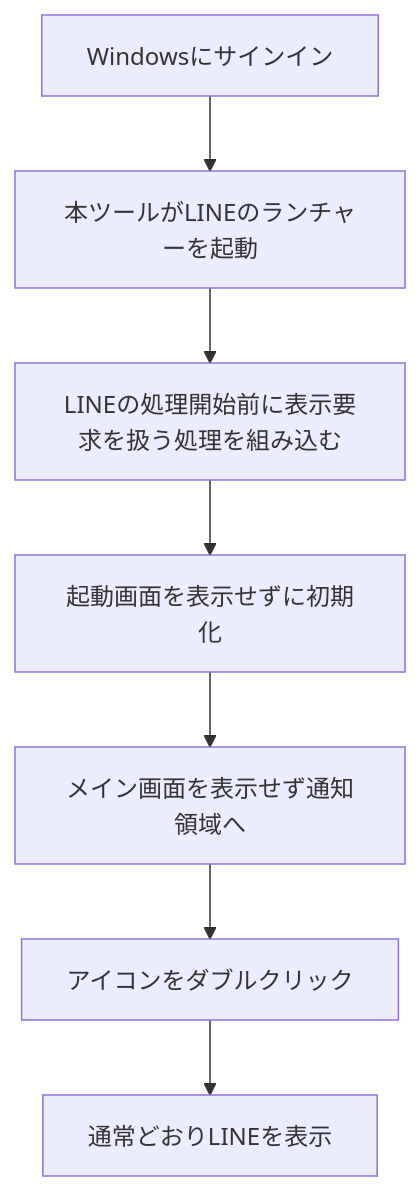
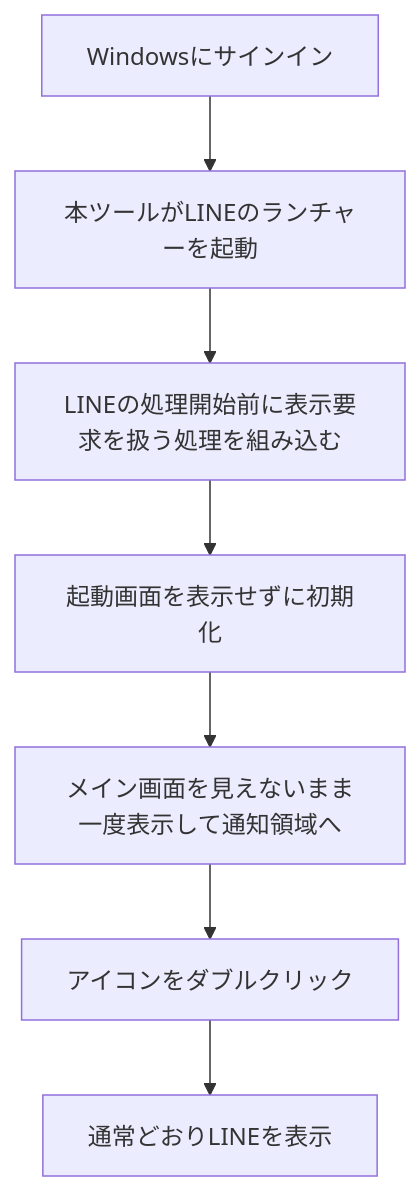
Before and after one commit to hinatamaxxx/windows-line-start-to-tray: the diagram in README.md, drawn with Mermaid. The commit also changed other lines of this file and 10 other files, not shown here.

````diff
--- a/README.md
+++ b/README.md
@@ -96,9 +96,9 @@
 ```mermaid
 flowchart TD
     A[Windowsにサインイン] --> B[本ツールがLINEのランチャーを起動]
     B --> C[LINEの処理開始前に表示要求を扱う処理を組み込む]
     C --> D[起動画面を表示せずに初期化]
-    D --> E[メイン画面を表示せず通知領域へ]
+    D --> E[メイン画面を見えないまま一度表示して通知領域へ]
     E --> F[アイコンをダブルクリック]
     F --> G[通常どおりLINEを表示]
 ```
````
